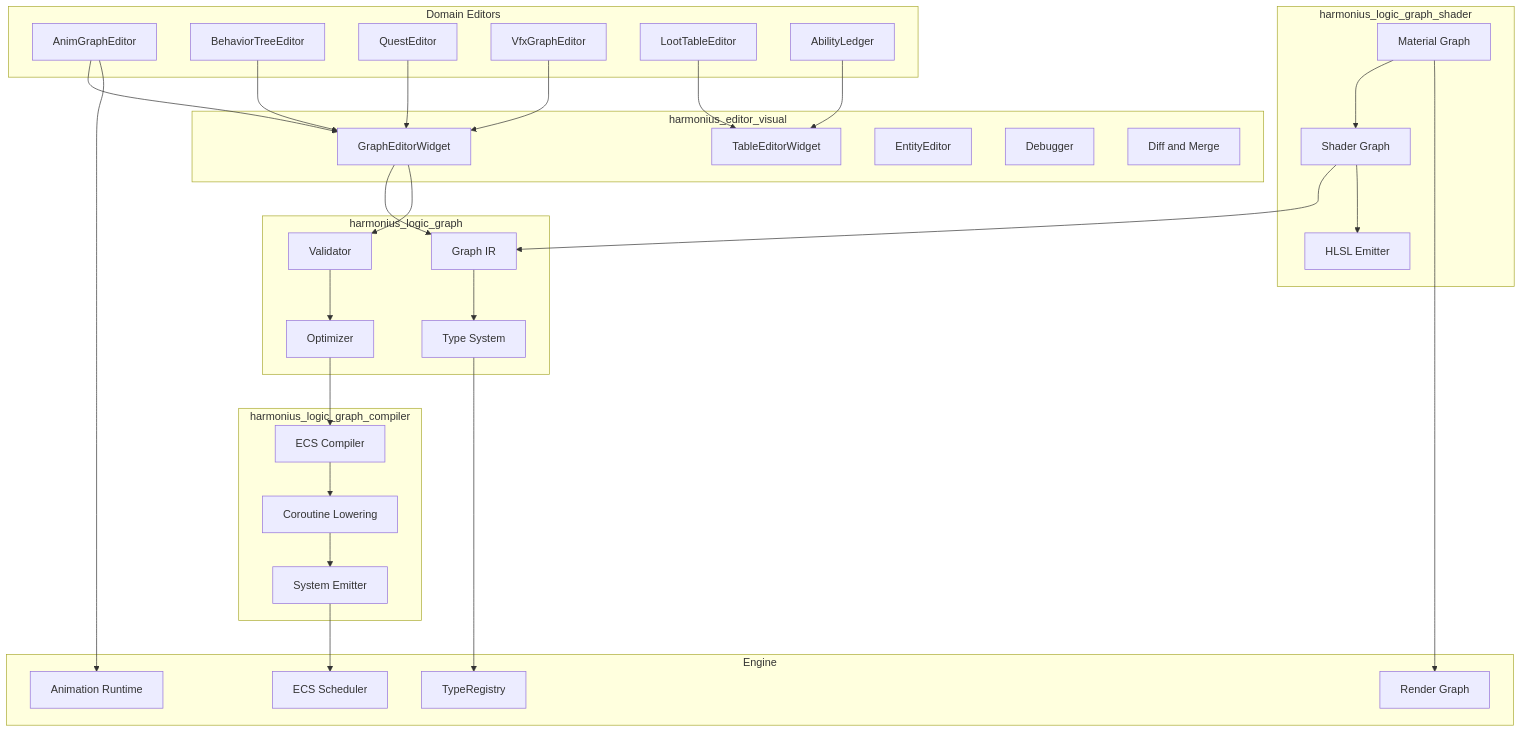
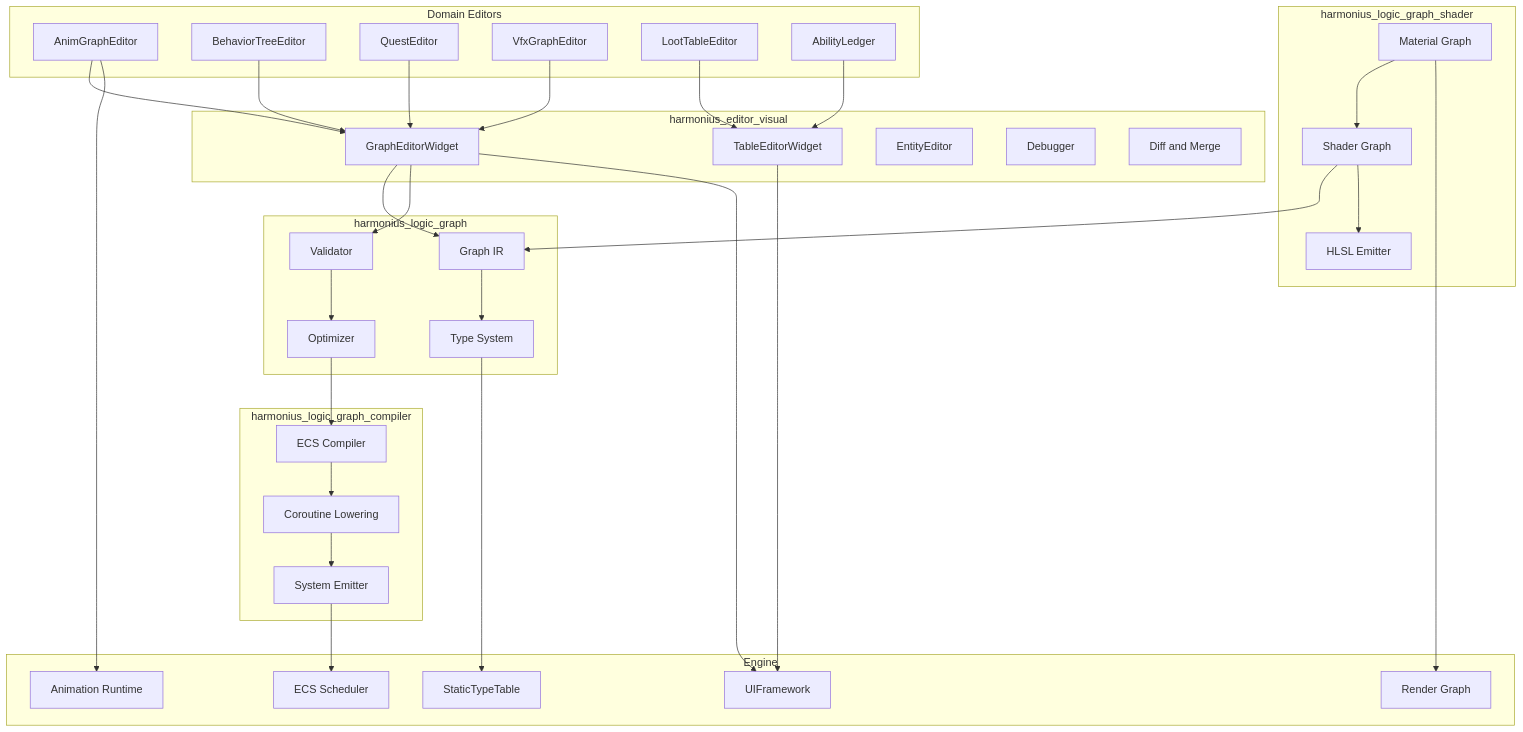
The first of 4 diagrams in docs/design/tools/visual-editors.md (harmonius-dev/harmonius), drawn with Mermaid before and after one commit. The commit also changed other lines of this file and 174 other files, not shown here.

````diff
--- a/docs/design/tools/visual-editors.md
+++ b/docs/design/tools/visual-editors.md
@@ -181,66 +194,69 @@
 ```mermaid
 graph TD
     subgraph harmonius_logic_graph
         IR[Graph IR]
         TS[Type System]
         VAL[Validator]
         OPT[Optimizer]
     end
 
     subgraph harmonius_logic_graph_compiler
         CMP[ECS Compiler]
         COR[Coroutine Lowering]
         EMT[System Emitter]
     end
 
     subgraph harmonius_logic_graph_shader
         SG[Shader Graph]
         MAT[Material Graph]
         HLSL[HLSL Emitter]
     end
 
     subgraph harmonius_editor_visual
         GEW[GraphEditorWidget]
         TEW[TableEditorWidget]
         EE[EntityEditor]
         DBG[Debugger]
         DIFF[Diff and Merge]
     end
 
     subgraph "Domain Editors"
         AGE[AnimGraphEditor]
         BTE[BehaviorTreeEditor]
         QE[QuestEditor]
         VGE[VfxGraphEditor]
         LTE[LootTableEditor]
         AL[AbilityLedger]
     end
 
     subgraph Engine
-        REG[TypeRegistry]
+        STT[StaticTypeTable]
         ECS[ECS Scheduler]
         AR[Animation Runtime]
         RG[Render Graph]
+        UI[UIFramework]
     end
 
     GEW --> IR
     GEW --> VAL
+    GEW --> UI
+    TEW --> UI
     IR --> TS
     VAL --> OPT
     OPT --> CMP
     CMP --> COR
     COR --> EMT
     SG --> IR
     MAT --> SG
     SG --> HLSL
     EMT --> ECS
-    TS --> REG
+    TS --> STT
     AGE --> GEW
     BTE --> GEW
     QE --> GEW
     VGE --> GEW
     LTE --> TEW
     AL --> TEW
     MAT --> RG
     AGE --> AR
 ```
````
